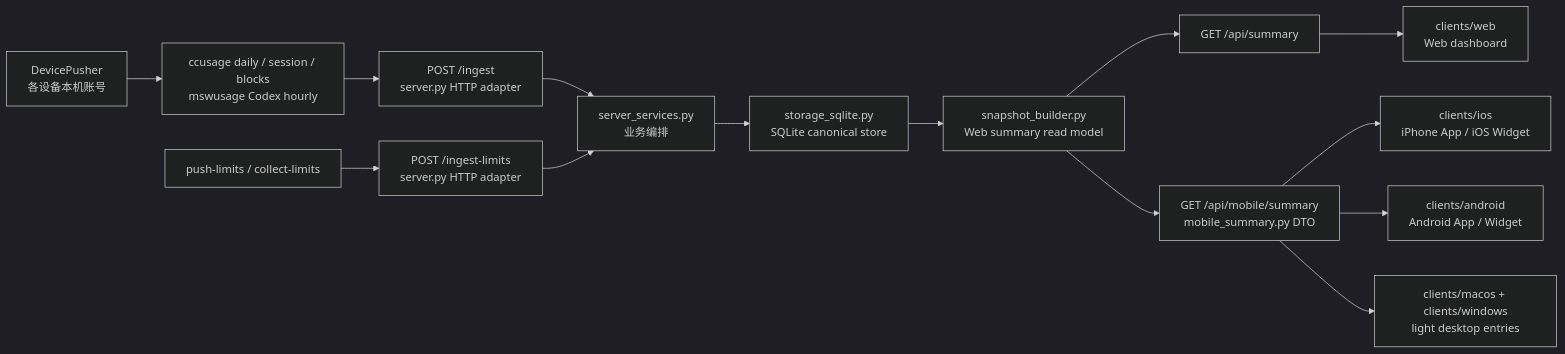
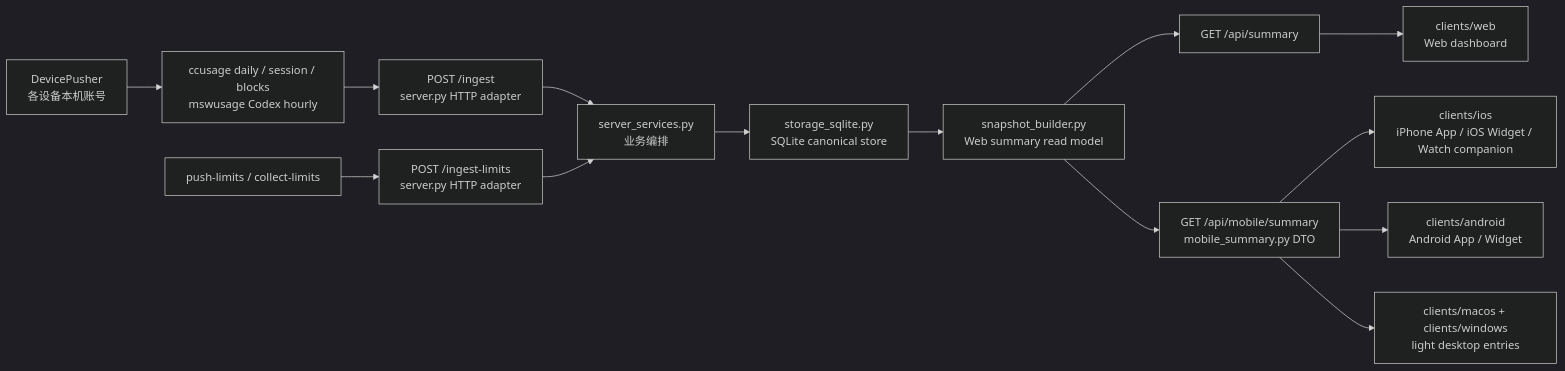
The diagram in docs/architecture/architecture.md (Moshuiwang/aiusage), drawn with Mermaid (dark theme) before and after one commit. The commit also changed other lines of this file and 25 other files, not shown here.

First line of the commit message:
实现 Apple Watch companion TestFlight 支持

````diff
--- a/docs/architecture/architecture.md
+++ b/docs/architecture/architecture.md
@@ -17,16 +17,16 @@
 ```mermaid
 flowchart LR
     device["DevicePusher<br/>各设备本机账号"] --> collect["ccusage daily / session / blocks<br/>mswusage Codex hourly"]
     collect --> ingest["POST /ingest<br/>server.py HTTP adapter"]
     limits["push-limits / collect-limits"] --> ingestLimits["POST /ingest-limits<br/>server.py HTTP adapter"]
     ingest --> services["server_services.py<br/>业务编排"]
     ingestLimits --> services
     services --> storage["storage_sqlite.py<br/>SQLite canonical store"]
     storage --> snapshot["snapshot_builder.py<br/>Web summary read model"]
     snapshot --> webApi["GET /api/summary"]
     snapshot --> mobileApi["GET /api/mobile/summary<br/>mobile_summary.py DTO"]
     webApi --> dashboard["clients/web<br/>Web dashboard"]
-    mobileApi --> iphone["clients/ios<br/>iPhone App / iOS Widget"]
+    mobileApi --> iphone["clients/ios<br/>iPhone App / iOS Widget / Watch companion"]
     mobileApi --> android["clients/android<br/>Android App / Widget"]
     mobileApi --> desktop["clients/macos + clients/windows<br/>light desktop entries"]
 ```
````
